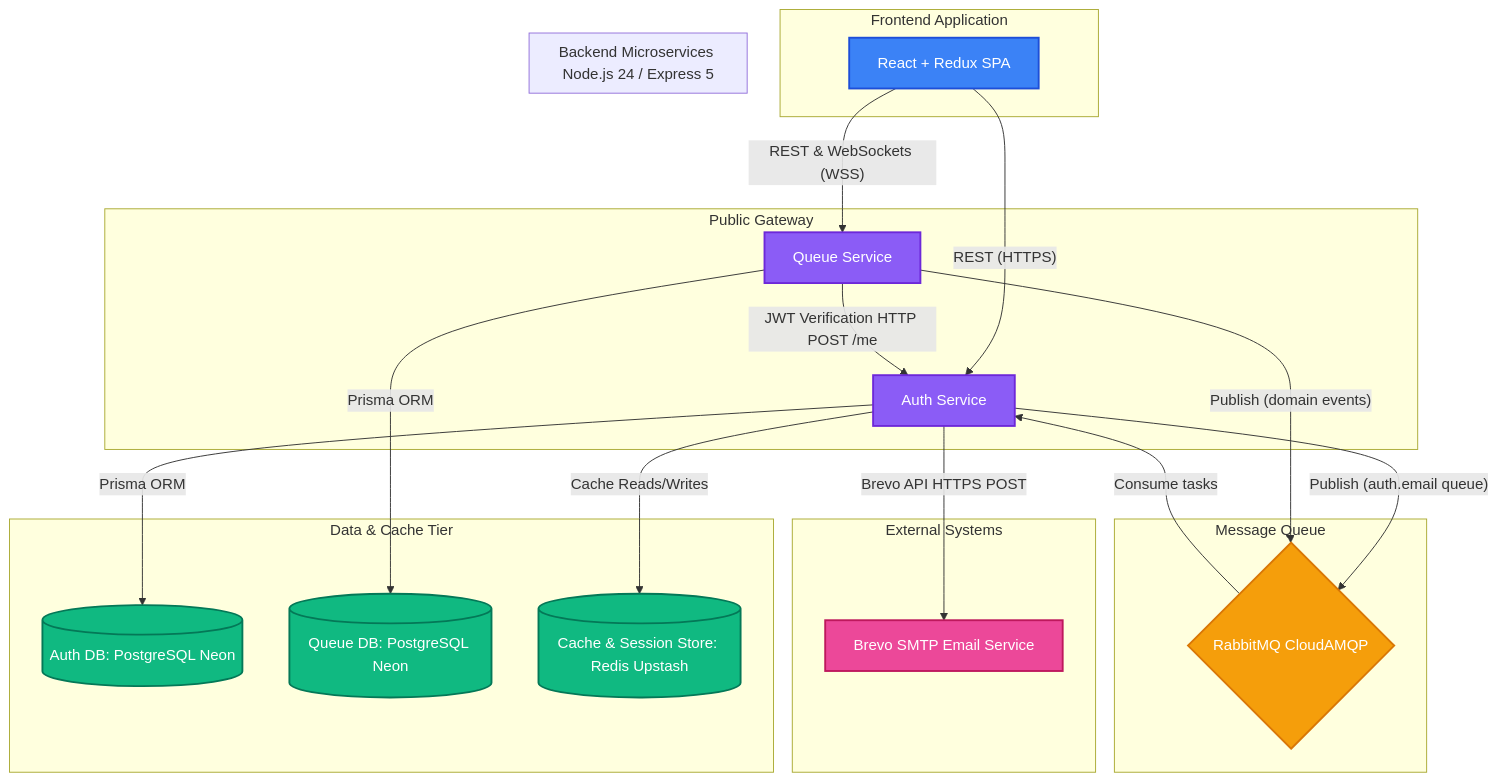
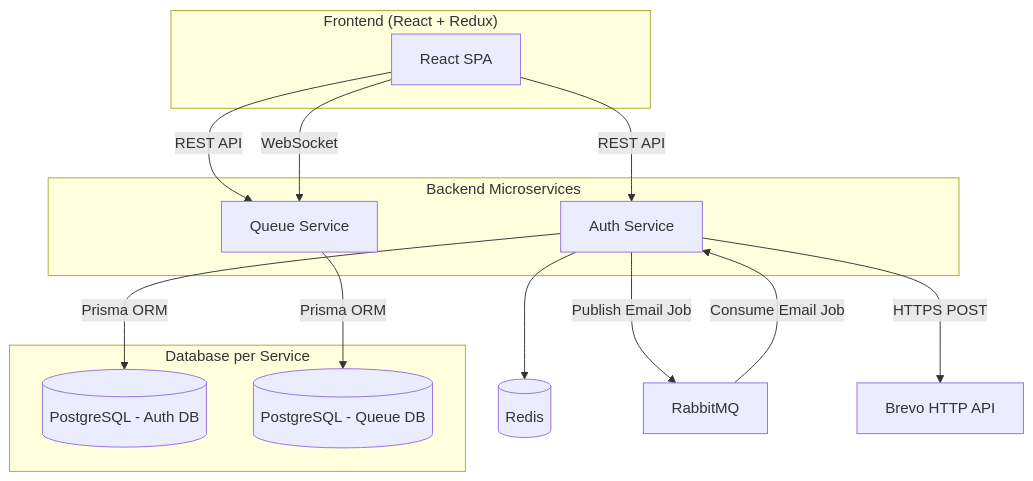
Before and after one commit to OmKashyapODCode/hospital-queue-management-showcase: the first of 4 diagrams in docs/architecture_overview.md, drawn with Mermaid.

````diff
--- a/docs/architecture_overview.md
+++ b/docs/architecture_overview.md
@@ -11,62 +11,41 @@
 ```mermaid
 graph TB
-    %% Client Tier
-    subgraph Client Tier [Frontend Application]
-        client[React + Redux SPA]
+    %% ================= CLIENT =================
+    subgraph Client["Frontend (React + Redux)"]
+        FE[React SPA]
     end
 
-    %% Routing / Gateway
-    subgraph Hosting / Deployment [Public Gateway]
-        client -- REST (HTTPS) --> authService[Auth Service]
-        client -- REST & WebSockets (WSS) --> queueService[Queue Service]
+    %% ================= SERVICES =================
+    subgraph Services["Backend Microservices"]
+        AUTH[Auth Service]
+        QUEUE[Queue Service]
     end
 
-    %% Services
-    subgraph Microservices [Backend Microservices Node.js 24 / Express 5]
-        authService
-        queueService
+    FE -- REST API --> AUTH
+    FE -- REST API --> QUEUE
+    FE -- WebSocket --> QUEUE
+
+    %% ================= DATABASES =================
+    subgraph Databases["Database per Service"]
+        AUTHDB[(PostgreSQL - Auth DB)]
+        QUEUEDB[(PostgreSQL - Queue DB)]
     end
 
-    %% Verification Client
-    queueService -- "JWT Verification HTTP POST /me" --> authService
+    AUTH -->|Prisma ORM| AUTHDB
+    QUEUE -->|Prisma ORM| QUEUEDB
 
-    %% Shared Databases & Caching
-    subgraph Data & Cache Tier
-        authDB[(Auth DB: PostgreSQL Neon)]
-        queueDB[(Queue DB: PostgreSQL Neon)]
-        redis[(Cache & Session Store: Redis Upstash)]
-    end
+    %% ================= REDIS =================
+    REDIS[(Redis)]
+    AUTH --> REDIS
 
-    authService -- Prisma ORM --> authDB
-    authService -- Cache Reads/Writes --> redis
-    queueService -- Prisma ORM --> queueDB
+    %% ================= RABBITMQ =================
+    RABBIT[RabbitMQ]
 
-    %% Async Broker
-    subgraph Event Broker [Message Queue]
-        rabbitmq{RabbitMQ CloudAMQP}
-    end
+    AUTH -->|Publish Email Job| RABBIT
+    RABBIT -->|Consume Email Job| AUTH
 
-    authService -- "Publish (auth.email queue)" --> rabbitmq
-    queueService -- "Publish (domain events)" --> rabbitmq
-    rabbitmq -- "Consume tasks" --> authService
+    %% ================= EXTERNAL API =================
+    BREVO[Brevo HTTP API]
 
-    %% External Systems
-    subgraph External Systems
-        brevo[Brevo SMTP Email Service]
-    end
-
-    authService -- "Brevo API HTTPS POST" --> brevo
-
-    %% Styling / Color Schemes
-    classDef clientStyle fill:#3b82f6,stroke:#1d4ed8,stroke-width:2px,color:#fff;
-    classDef serviceStyle fill:#8b5cf6,stroke:#6d28d9,stroke-width:2px,color:#fff;
-    classDef dbStyle fill:#10b981,stroke:#047857,stroke-width:2px,color:#fff;
-    classDef brokerStyle fill:#f59e0b,stroke:#d97706,stroke-width:2px,color:#fff;
-    classDef extStyle fill:#ec4899,stroke:#be185d,stroke-width:2px,color:#fff;
-
-    class client clientStyle;
-    class authService,queueService serviceStyle;
-    class authDB,queueDB,redis dbStyle;
-    class rabbitmq brokerStyle;
-    class brevo extStyle;
+    AUTH -->|HTTPS POST| BREVO
 ```
````
